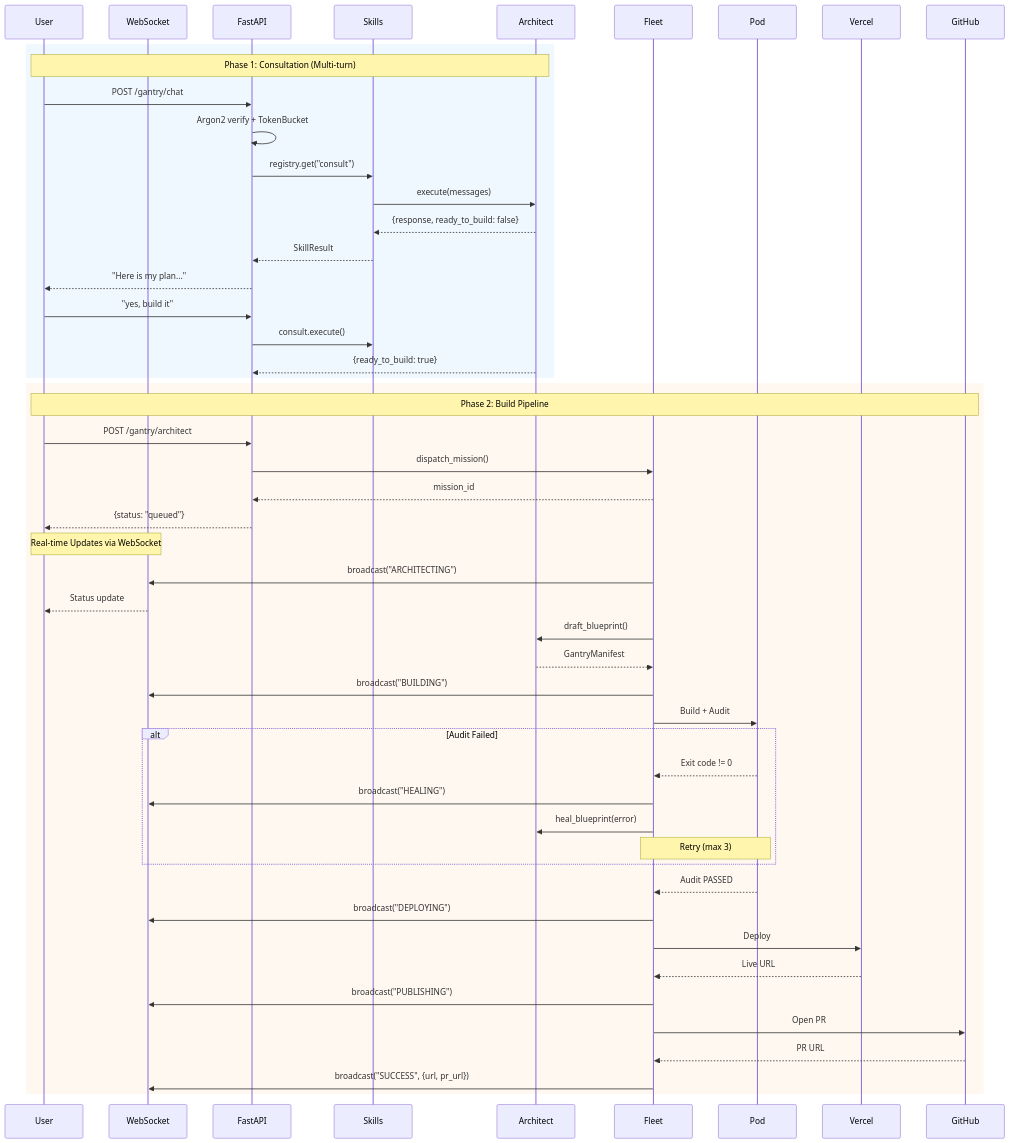
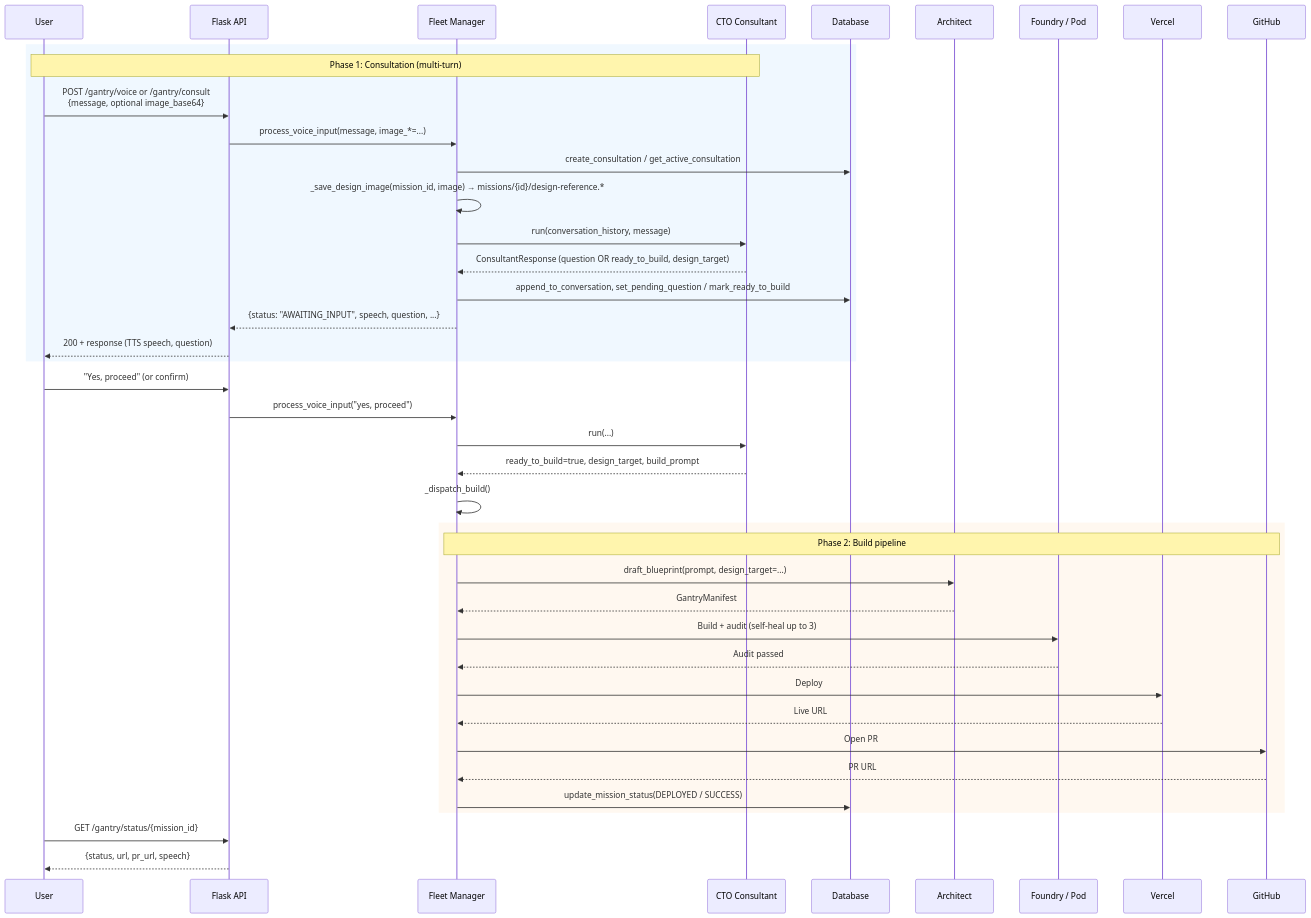
One commit to Jarvis2021/gantry changed the second of 4 diagrams in ARCHITECTURE.md. Above: the diagram before and after it, drawn with Mermaid. The commit also changed other lines of this file and 1 other file, not shown here.

First line of the commit message:
docs: align ARCHITECTURE and README with V6.5 consultation loop

````diff
--- a/ARCHITECTURE.md
+++ b/ARCHITECTURE.md
@@ -125,63 +119,47 @@
 ```mermaid
 sequenceDiagram
     participant User as User
-    participant WS as WebSocket
-    participant API as FastAPI
-    participant Skills as Skills
-    participant AI as Architect
-    participant Fleet as Fleet
-    participant Pod as Pod
+    participant API as Flask API
+    participant Fleet as Fleet Manager
+    participant Consultant as CTO Consultant
+    participant DB as Database
+    participant Architect as Architect
+    participant Pod as Foundry / Pod
     participant Vercel as Vercel
     participant GitHub as GitHub
 
     rect rgb(240, 248, 255)
-        Note over User,AI: Phase 1: Consultation (Multi-turn)
-        User->>API: POST /gantry/chat
-        API->>API: Argon2 verify + TokenBucket
-        API->>Skills: registry.get("consult")
-        Skills->>AI: execute(messages)
-        AI-->>Skills: {response, ready_to_build: false}
-        Skills-->>API: SkillResult
-        API-->>User: "Here is my plan..."
-        
-        User->>API: "yes, build it"
-        API->>Skills: consult.execute()
-        AI-->>API: {ready_to_build: true}
+        Note over User,Consultant: Phase 1: Consultation (multi-turn)
+        User->>API: POST /gantry/voice or /gantry/consult<br/>{message, optional image_base64}
+        API->>Fleet: process_voice_input(message, image_*=...)
+        Fleet->>DB: create_consultation / get_active_consultation
+        Fleet->>Fleet: _save_design_image(mission_id, image) → missions/{id}/design-reference.*
+        Fleet->>Consultant: run(conversation_history, message)
+        Consultant-->>Fleet: ConsultantResponse (question OR ready_to_build, design_target)
+        Fleet->>DB: append_to_conversation, set_pending_question / mark_ready_to_build
+        Fleet-->>API: {status: "AWAITING_INPUT", speech, question, ...}
+        API-->>User: 200 + response (TTS speech, question)
     end
 
+    User->>API: "Yes, proceed" (or confirm)
+    API->>Fleet: process_voice_input("yes, proceed")
+    Fleet->>Consultant: run(...)
+    Consultant-->>Fleet: ready_to_build=true, design_target, build_prompt
+    Fleet->>Fleet: _dispatch_build()
+
     rect rgb(255, 248, 240)
-        Note over User,GitHub: Phase 2: Build Pipeline
-        User->>API: POST /gantry/architect
-        API->>Fleet: dispatch_mission()
-        Fleet-->>API: mission_id
-        API-->>User: {status: "queued"}
-        
-        Note over WS,User: Real-time Updates via WebSocket
-        Fleet->>WS: broadcast("ARCHITECTING")
-        WS-->>User: Status update
-        
-        Fleet->>AI: draft_blueprint()
-        AI-->>Fleet: GantryManifest
-        Fleet->>WS: broadcast("BUILDING")
-        
-        Fleet->>Pod: Build + Audit
-        
-        alt Audit Failed
-            Pod-->>Fleet: Exit code != 0
-            Fleet->>WS: broadcast("HEALING")
-            Fleet->>AI: heal_blueprint(error)
-            Note over Fleet,Pod: Retry (max 3)
-        end
-        
-        Pod-->>Fleet: Audit PASSED
-        Fleet->>WS: broadcast("DEPLOYING")
+        Note over Fleet,GitHub: Phase 2: Build pipeline
+        Fleet->>Architect: draft_blueprint(prompt, design_target=...)
+        Architect-->>Fleet: GantryManifest
+        Fleet->>Pod: Build + audit (self-heal up to 3)
+        Pod-->>Fleet: Audit passed
         Fleet->>Vercel: Deploy
         Vercel-->>Fleet: Live URL
-        
-        Fleet->>WS: broadcast("PUBLISHING")
         Fleet->>GitHub: Open PR
         GitHub-->>Fleet: PR URL
-        
-        Fleet->>WS: broadcast("SUCCESS", {url, pr_url})
+        Fleet->>DB: update_mission_status(DEPLOYED / SUCCESS)
     end
+
+    User->>API: GET /gantry/status/{mission_id}
+    API-->>User: {status, url, pr_url, speech}
 ```
````
